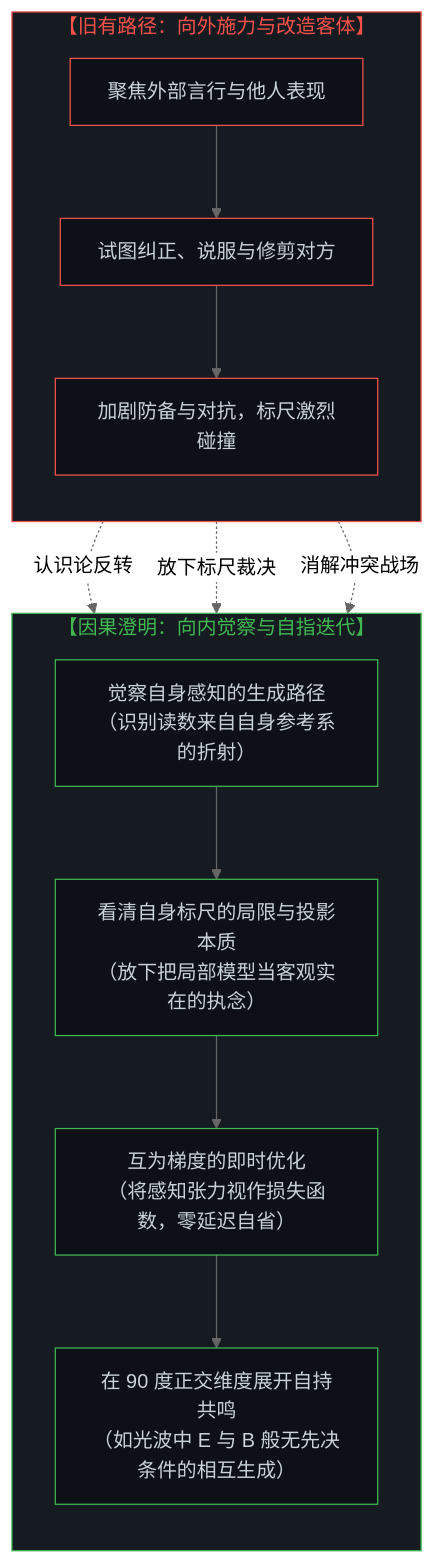
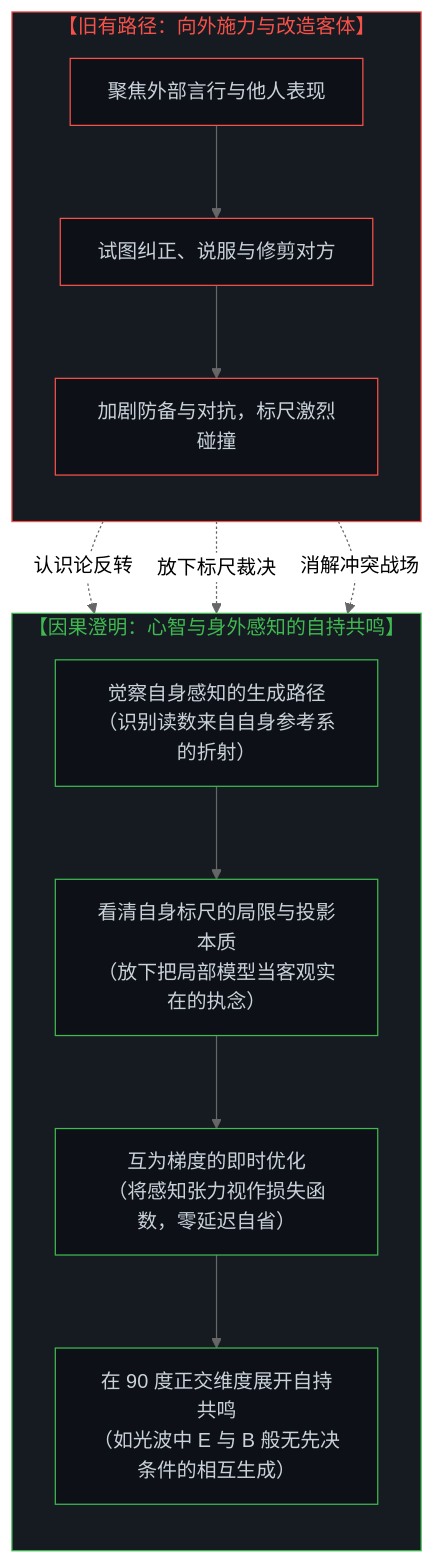
The fifth of 5 diagrams in content/posts/the-illusion-of-knowing-and-the-geometry-of-amputation.md (powerpig99/not-a-toe), drawn with Mermaid (neutral theme) before and after one commit. The commit also changed other lines of this file and 6 other files, not shown here.

````diff
--- a/content/posts/the-illusion-of-knowing-and-the-geometry-of-amputation.md
+++ b/content/posts/the-illusion-of-knowing-and-the-geometry-of-amputation.md
@@ -240,33 +240,33 @@
 ```mermaid
 graph TD
     subgraph S_External_Effort["【旧有路径：向外施力与改造客体】"]
         direction TB
         P1["聚焦外部言行与他人表现"]
         P2["试图纠正、说服与修剪对方"]
         P3["加剧防备与对抗，标尺激烈碰撞"]
         P1 --> P2 --> P3
     end
 
-    subgraph S_Internal_Clarity["【因果澄明：向内觉察与自指迭代】"]
+    subgraph S_Internal_Clarity["【因果澄明：心智与身外感知的自持共鸣】"]
         direction TB
         Q1["觉察自身感知的生成路径<br>（识别读数来自自身参考系的折射）"]
         Q2["看清自身标尺的局限与投影本质<br>（放下把局部模型当客观实在的执念）"]
         Q3["互为梯度的即时优化<br>（将感知张力视作损失函数，零延迟自省）"]
         Q4["在 90 度正交维度展开自持共鸣<br>（如光波中 E 与 B 般无先决条件的相互生成）"]
         Q1 --> Q2 --> Q3 --> Q4
     end
 
     P1 -.->|"认识论反转"| Q1
     P2 -.->|"放下标尺裁决"| Q2
     P3 -.->|"消解冲突战场"| Q4
 
     style S_External_Effort fill:#161b22,stroke:#f85149,stroke-width:1px,color:#f85149
     style S_Internal_Clarity fill:#161b22,stroke:#3fb950,stroke-width:1px,color:#3fb950
     style P1 fill:#0d1117,stroke:#f85149,stroke-width:1px,color:#c9d1d9
     style P2 fill:#0d1117,stroke:#f85149,stroke-width:1px,color:#c9d1d9
     style P3 fill:#0d1117,stroke:#f85149,stroke-width:1px,color:#c9d1d9
     style Q1 fill:#0d1117,stroke:#3fb950,stroke-width:1px,color:#c9d1d9
     style Q2 fill:#0d1117,stroke:#3fb950,stroke-width:1px,color:#c9d1d9
     style Q3 fill:#0d1117,stroke:#3fb950,stroke-width:1px,color:#c9d1d9
     style Q4 fill:#0d1117,stroke:#3fb950,stroke-width:1px,color:#c9d1d9
 ```
````
